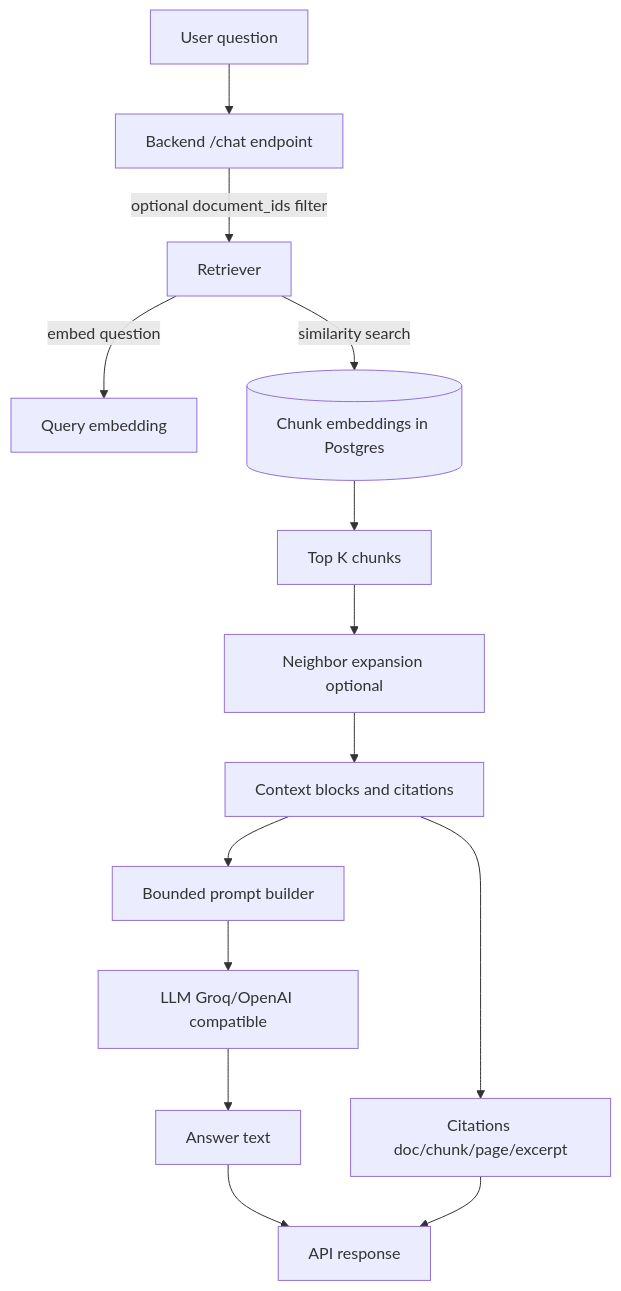
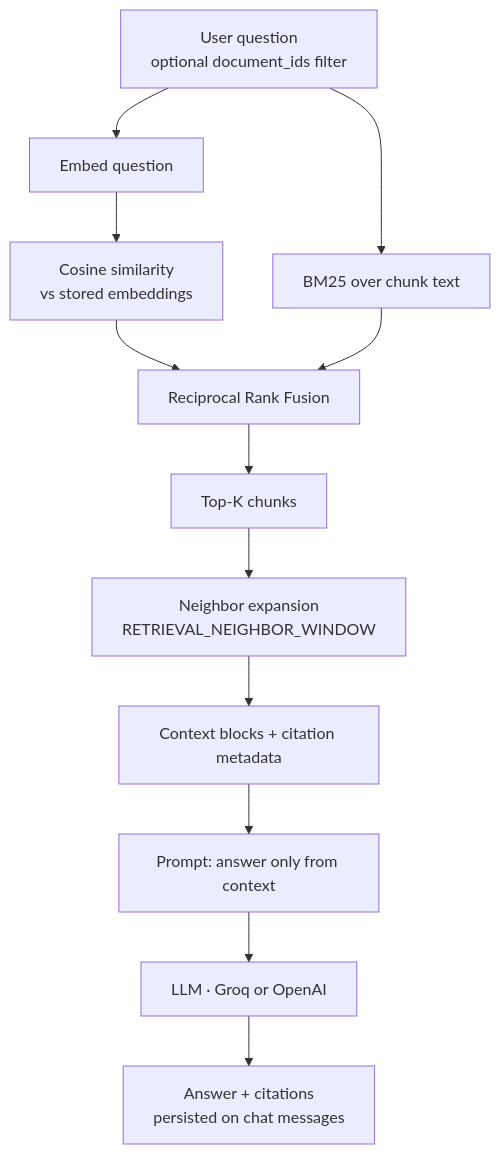
The third of 5 diagrams in README.md (Samuel-Hailemariam-Seifu/ai-document-q-a-saas), drawn with Mermaid before and after one commit. The commit also changed other lines of this file and 47 other files, not shown here.

````diff
--- a/README.md
+++ b/README.md
@@ -75,16 +119,14 @@
 ```mermaid
 flowchart TD
-  Q["User question"] --> API["Backend /chat endpoint"];
-  API -->|"optional document_ids filter"| RET["Retriever"];
-  RET -->|"embed question"| QE["Query embedding"];
-  RET -->|"similarity search"| VS[("Chunk embeddings in Postgres")];
-  VS --> TOPK["Top K chunks"];
-  TOPK --> NB["Neighbor expansion optional"];
-  NB --> CTX["Context blocks and citations"];
-  CTX --> PROMPT["Bounded prompt builder"];
-  PROMPT --> LLM["LLM Groq/OpenAI compatible"];
-  LLM --> ANS["Answer text"];
-  CTX --> CITE["Citations doc/chunk/page/excerpt"];
-  ANS --> OUT["API response"];
-  CITE --> OUT;
+  Q["User question<br/>optional document_ids filter"] --> E["Embed question"]
+  Q --> B["BM25 over chunk text"]
+  E --> V["Cosine similarity<br/>vs stored embeddings"]
+  V --> RRF["Reciprocal Rank Fusion"]
+  B --> RRF
+  RRF --> TOP["Top-K chunks"]
+  TOP --> N["Neighbor expansion<br/>RETRIEVAL_NEIGHBOR_WINDOW"]
+  N --> CTX["Context blocks + citation metadata"]
+  CTX --> P["Prompt: answer only from context"]
+  P --> L["LLM · Groq or OpenAI"]
+  L --> OUT["Answer + citations<br/>persisted on chat messages"]
 ```
````
